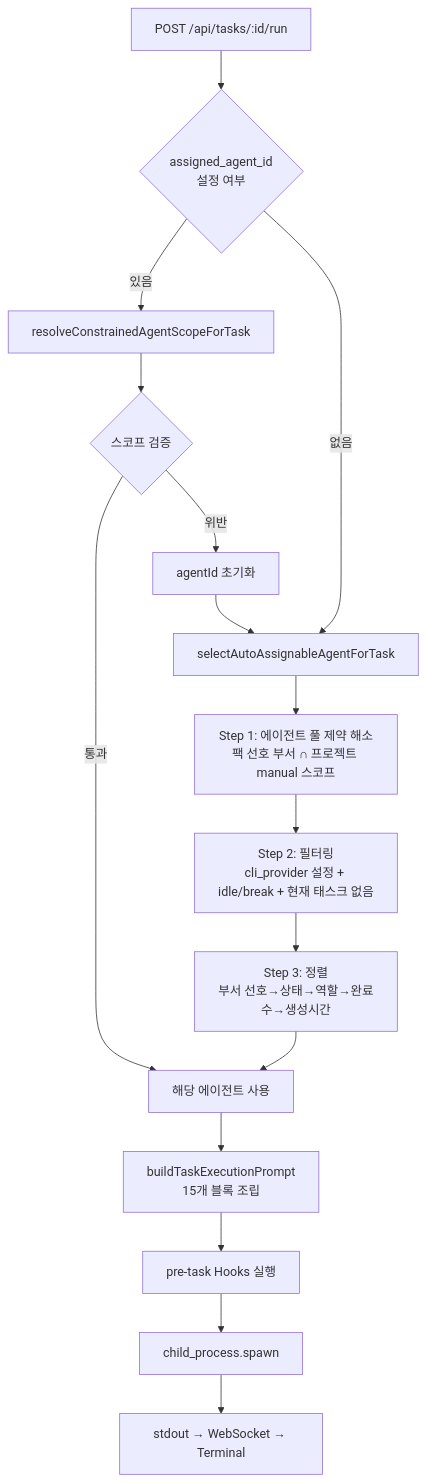
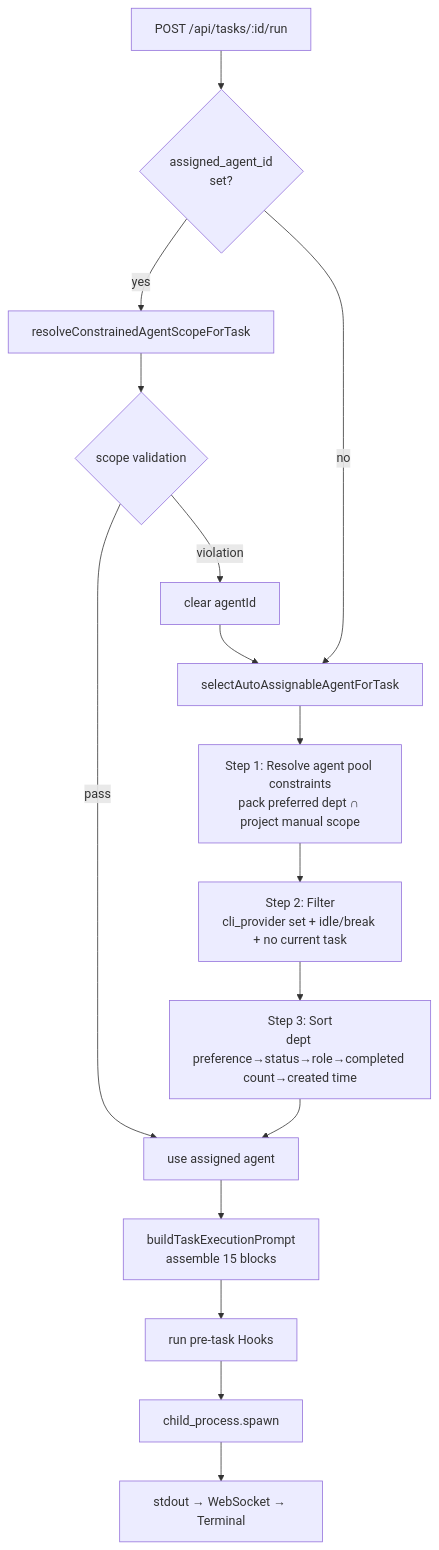
One commit to ccivlcid/AgentDesk changed the fifth of 8 diagrams in docs/architecture/SYSTEM-STRUCTURE-MAP.md. Above: the diagram before and after it, drawn with Mermaid. The commit also changed other lines of this file and 1 other file, not shown here.

First line of the commit message:
docs: translate architecture README and SYSTEM-STRUCTURE-MAP to English

````diff
--- a/docs/architecture/SYSTEM-STRUCTURE-MAP.md
+++ b/docs/architecture/SYSTEM-STRUCTURE-MAP.md
@@ -125,22 +125,22 @@
 ```mermaid
 flowchart TD
-  A[POST /api/tasks/:id/run] --> B{assigned_agent_id\n설정 여부}
+  A[POST /api/tasks/:id/run] --> B{assigned_agent_id\nset?}
 
-  B -- "있음" --> C[resolveConstrainedAgentScopeForTask]
-  C --> D{스코프 검증}
-  D -- "통과" --> G[해당 에이전트 사용]
-  D -- "위반" --> E[agentId 초기화]
+  B -- "yes" --> C[resolveConstrainedAgentScopeForTask]
+  C --> D{scope validation}
+  D -- "pass" --> G[use assigned agent]
+  D -- "violation" --> E[clear agentId]
   E --> F[selectAutoAssignableAgentForTask]
 
-  B -- "없음" --> F
+  B -- "no" --> F
 
-  F --> F1[Step 1: 에이전트 풀 제약 해소\n팩 선호 부서 ∩ 프로젝트 manual 스코프]
-  F1 --> F2[Step 2: 필터링\ncli_provider 설정 + idle/break + 현재 태스크 없음]
-  F2 --> F3[Step 3: 정렬\n부서 선호→상태→역할→완료수→생성시간]
+  F --> F1[Step 1: Resolve agent pool constraints\npack preferred dept ∩ project manual scope]
+  F1 --> F2[Step 2: Filter\ncli_provider set + idle/break + no current task]
+  F2 --> F3[Step 3: Sort\ndept preference→status→role→completed count→created time]
   F3 --> G
 
-  G --> H[buildTaskExecutionPrompt\n15개 블록 조립]
-  H --> I[pre-task Hooks 실행]
+  G --> H[buildTaskExecutionPrompt\nassemble 15 blocks]
+  H --> I[run pre-task Hooks]
   I --> J[child_process.spawn]
   J --> K[stdout → WebSocket → Terminal]
 ```
````
